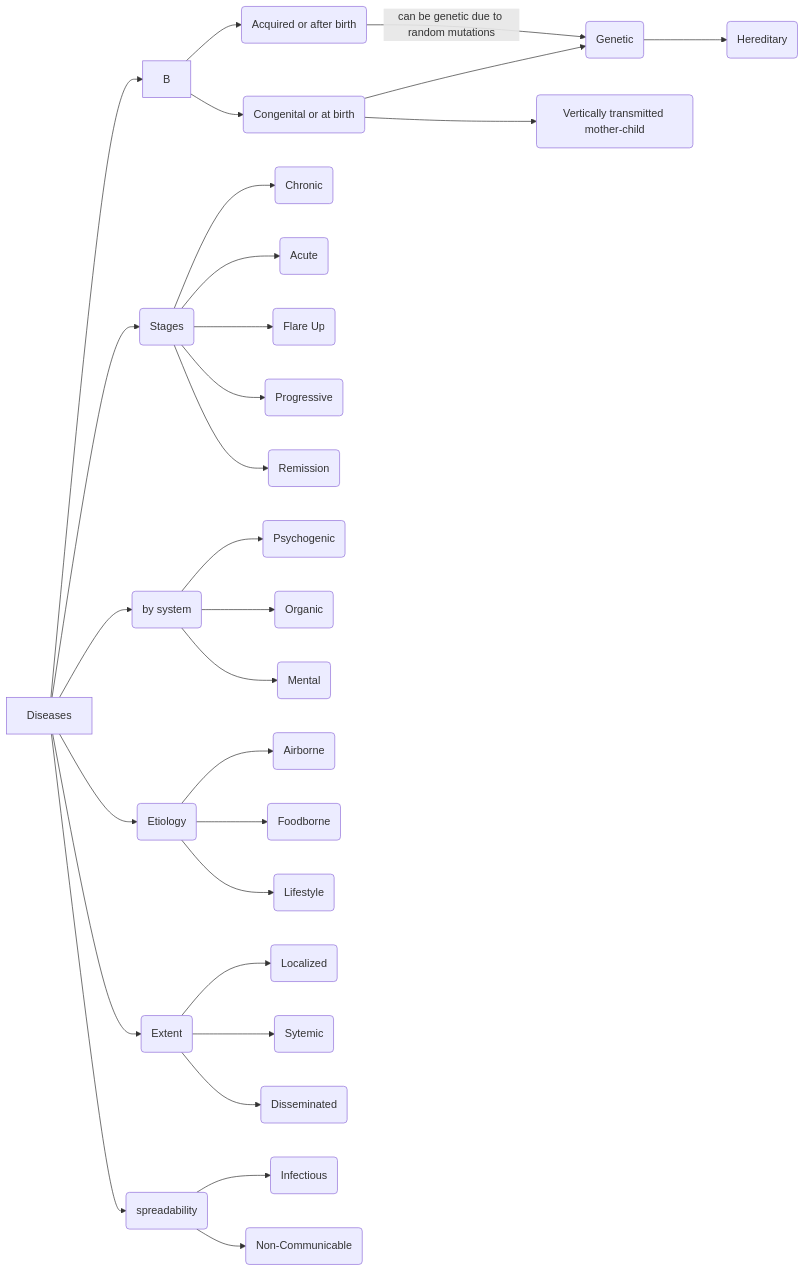
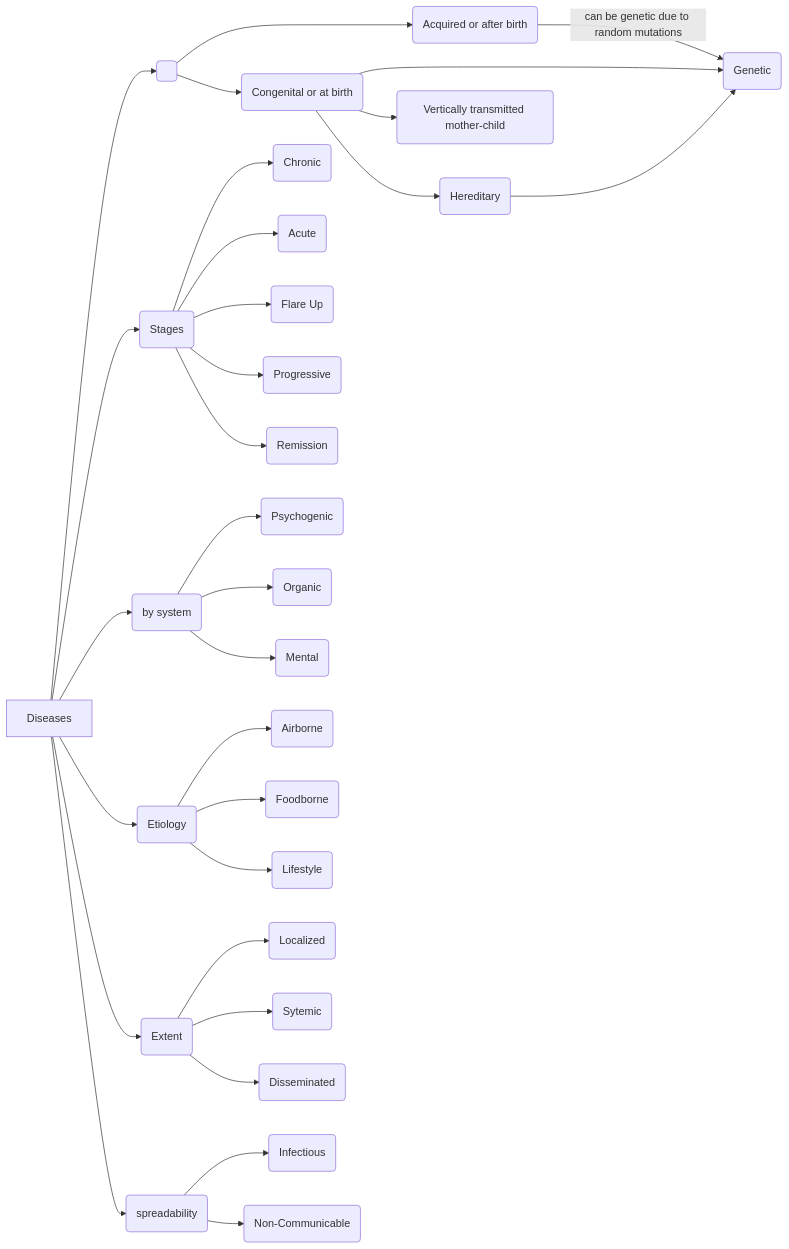
Before and after one commit to corvusdeinanis/cuddlyspaceship: the second of 2 diagrams in content/Categorization of Diseases.md, drawn with Mermaid. The commit also changed other lines of this file and 27 other files, not shown here.

````diff
--- a/content/Categorization of Diseases.md
+++ b/content/Categorization of Diseases.md
@@ -58,68 +61,69 @@
 ```mermaid
 flowchart LR
 
-    A[Diseases] --> B
+    A[Diseases] --> B( )
 
     B --> C(Acquired or after birth)
 
     B-->D(Congenital or at birth)
 
     D-->D1(Genetic)
 
     D-->D2(Vertically transmitted mother-child)
 
     C-->|can be genetic due to random mutations|D1
 
-    D1-->D12(Hereditary)
+    D-->D12(Hereditary)
+    D12-->D1
 
   
 
     A-->E(Stages)
 
     E-->E1(Chronic)
 
     E-->E2(Acute)
 
     E-->E3(Flare Up)
 
     E-->E4(Progressive)
 
     E-->E5(Remission)
 
 
     A-->H(by system)
 
     H-->H1(Psychogenic)
 
     H-->H2(Organic)
 
     H-->H3(Mental)
 
   
 
     A-->I(Etiology)
 
     I-->I1(Airborne)
 
     I-->I2(Foodborne)
 
     I-->I3(Lifestyle)
 
   
 
    A-->J(Extent)
 
    J-->J1(Localized)
 
    J-->J2(Sytemic)
 
    J-->J3(Disseminated)
 
   
 
 A-->K(spreadability)
 
 K-->K1(Infectious)
 
 K-->K2(Non-Communicable)
 ```
````
